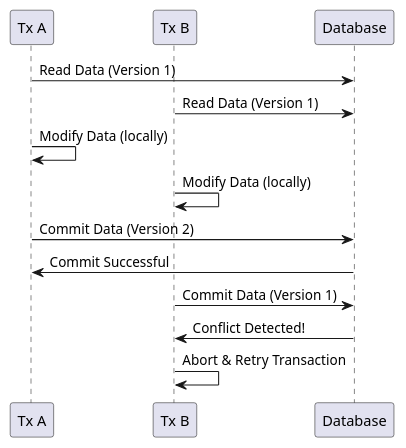
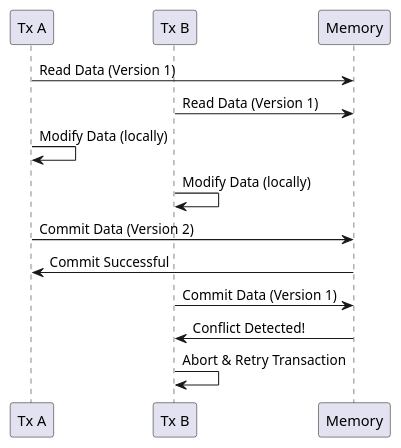
One commit to jesperancinha/space-ship-adventures changed the diagram in docs/sequence-diagrams/optmisticlockfail.puml. Above: the diagram before and after it, drawn with PlantUML. The commit also changed 7 other files, not shown here.

```diff
--- a/docs/sequence-diagrams/optmisticlockfail.puml
+++ b/docs/sequence-diagrams/optmisticlockfail.puml
@@ -1,17 +1,17 @@
 @startuml
 
 participant "Tx A" as A
 participant "Tx B" as B
-participant "Database" as DB
+participant "Memory" as DB
 
 A -> DB: Read Data (Version 1)
 B -> DB: Read Data (Version 1)
 A -> A: Modify Data (locally)
 B -> B: Modify Data (locally)
 A -> DB: Commit Data (Version 2)
 DB -> A: Commit Successful
 B -> DB: Commit Data (Version 1)
 DB -> B: Conflict Detected!
 B -> B: Abort & Retry Transaction
 
 @enduml
```
